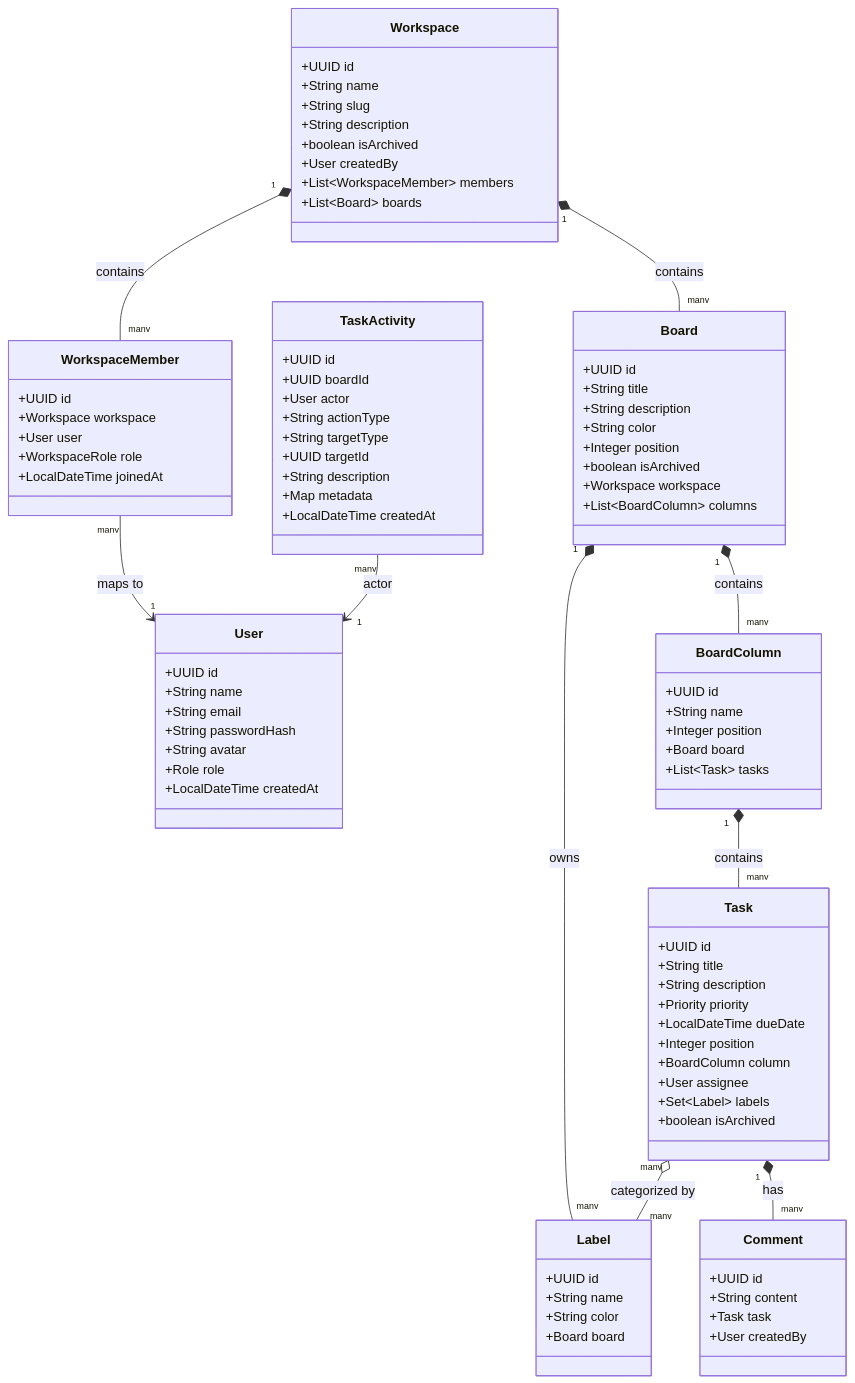
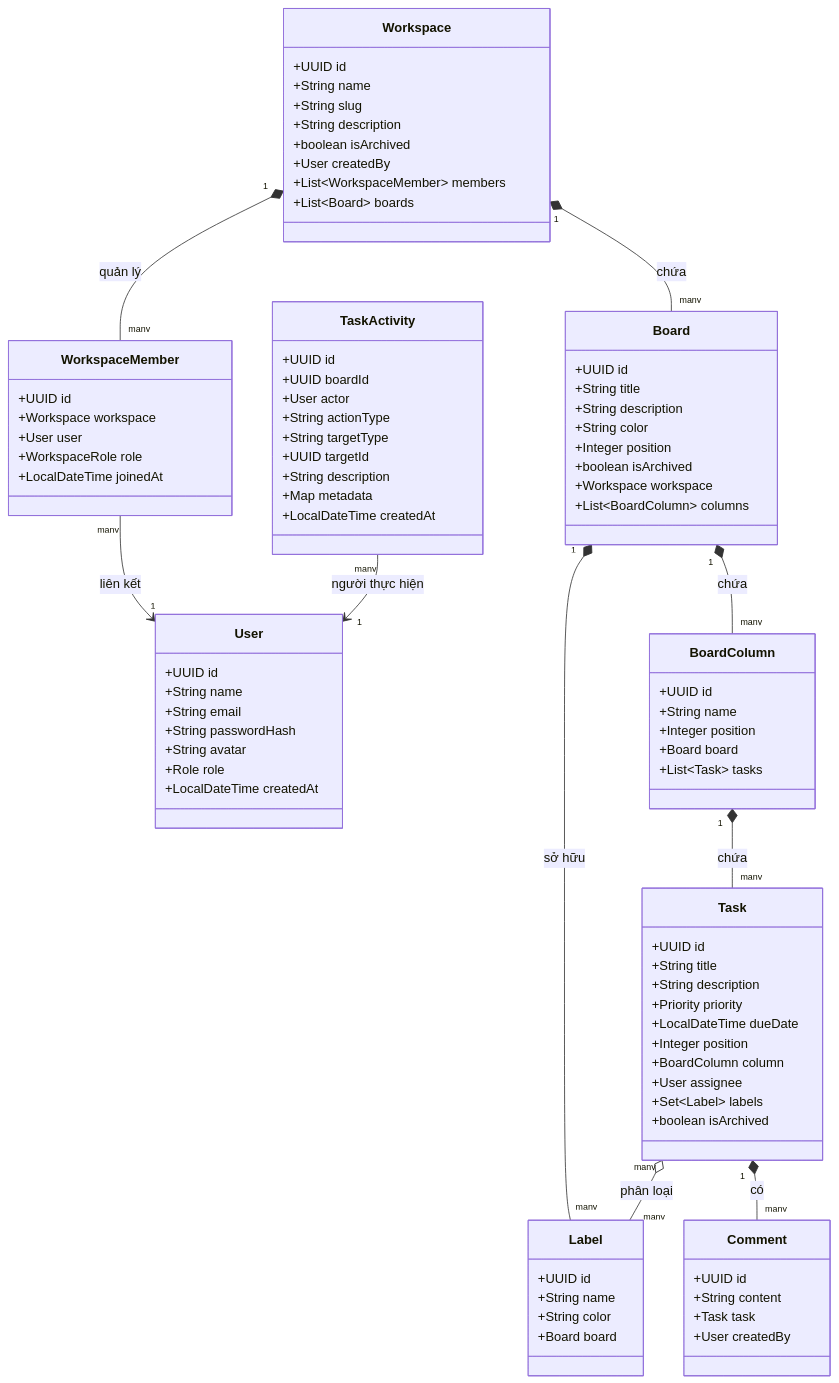
Before and after one commit to Eddy-hoang/Fwork: the first of 3 diagrams in README.md, drawn with Mermaid. The commit also changed other lines of this file, not shown here.

````diff
--- a/README.md
+++ b/README.md
@@ -217,13 +278,13 @@
         +LocalDateTime createdAt
     }
 
-    Workspace "1" *-- "many" WorkspaceMember : contains
-    Workspace "1" *-- "many" Board : contains
-    WorkspaceMember "many" --> "1" User : maps to
-    Board "1" *-- "many" BoardColumn : contains
-    Board "1" *-- "many" Label : owns
-    BoardColumn "1" *-- "many" Task : contains
-    Task "many" o-- "many" Label : categorized by
-    Task "1" *-- "many" Comment : has
-    TaskActivity "many" --> "1" User : actor
+    Workspace "1" *-- "many" WorkspaceMember : quản lý
+    Workspace "1" *-- "many" Board : chứa
+    WorkspaceMember "many" --> "1" User : liên kết
+    Board "1" *-- "many" BoardColumn : chứa
+    Board "1" *-- "many" Label : sở hữu
+    BoardColumn "1" *-- "many" Task : chứa
+    Task "many" o-- "many" Label : phân loại
+    Task "1" *-- "many" Comment : có
+    TaskActivity "many" --> "1" User : người thực hiện
 ```
````
